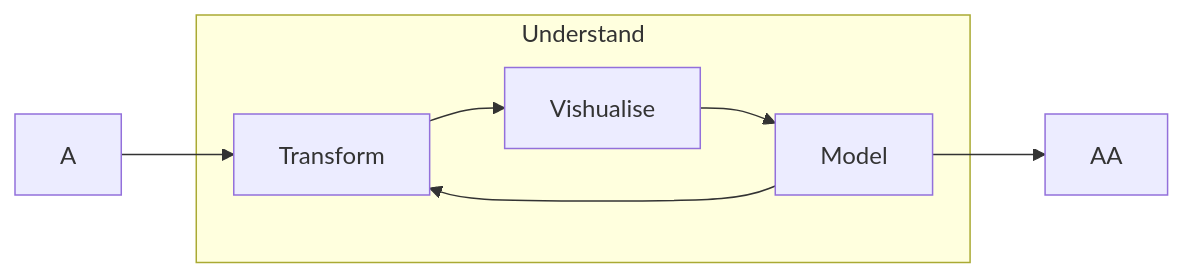
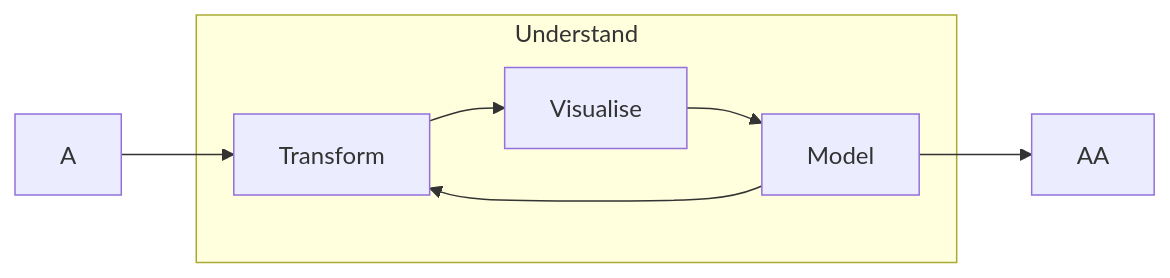
Before and after one commit to fukangwei/New_Blog_MarkDown: diagram 26 of 39 in 办公/mermaid教程.md, drawn with Mermaid. The commit also changed other lines of this file and 21 other files, not shown here.

````diff
--- a/办公/mermaid教程.md
+++ b/办公/mermaid教程.md
@@ -407,14 +409,14 @@
 ``` mermaid
 graph LR
     subgraph Understand
         D[Transform]
-        E[Vishualise]
+        E[Visualise]
         F[Model]
     end
 
     A --> D
     D --> E
     F --> D
     E --> F
     F --> AA
 ```
````
